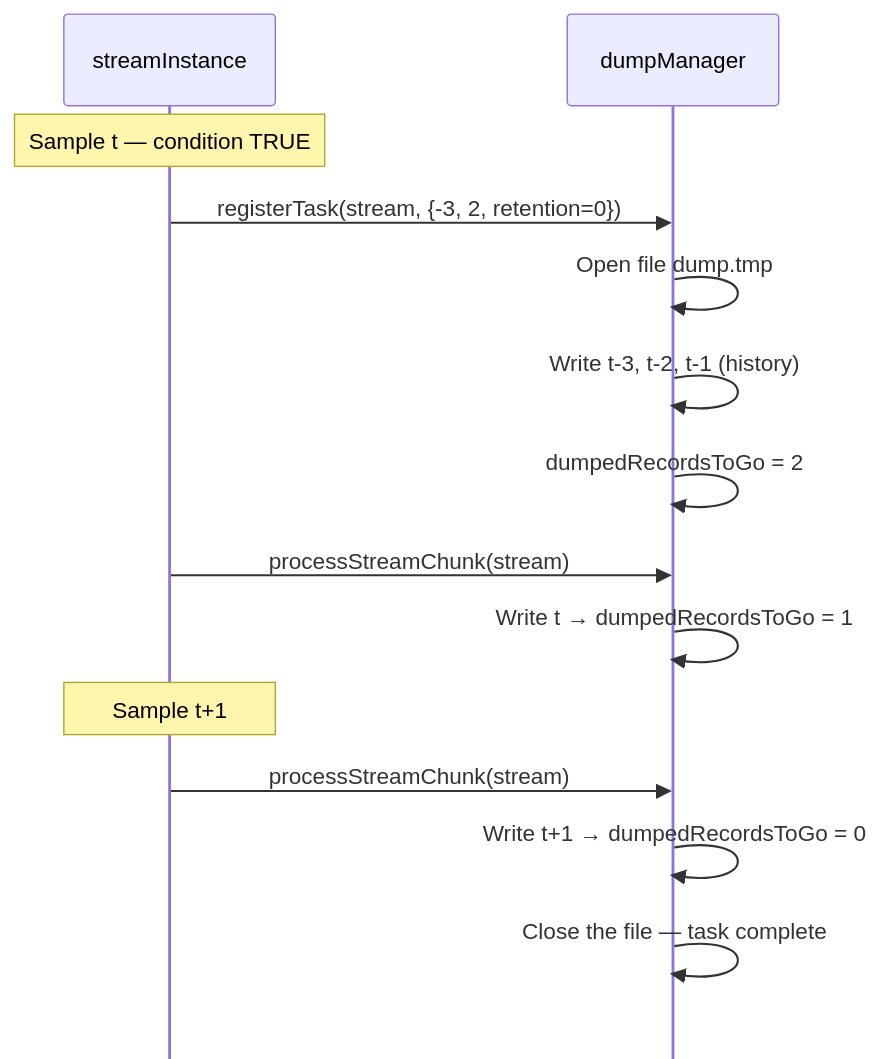
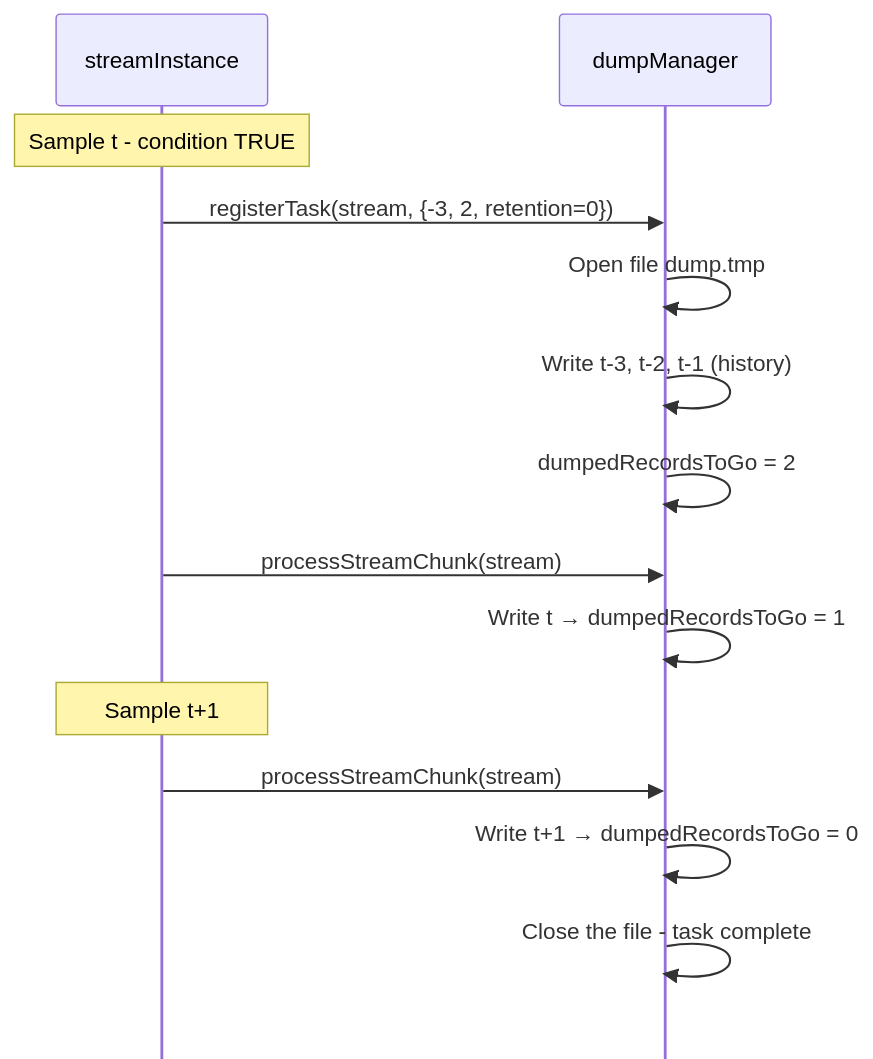
The third of 4 diagrams in query-execution/alerting-implementation.md (michalwidera/documentation-rdb), drawn with Mermaid before and after one commit. The commit also changed other lines of this file and 70 other files, not shown here.

````diff
--- a/query-execution/alerting-implementation.md
+++ b/query-execution/alerting-implementation.md
@@ -110,21 +110,21 @@
 ```mermaid
 %% pdf-width: 85%
 %% pdf-height: 55%
 %%{init: {"markdownAutoWrap": false, "sequence": {"mirrorActors": false, "messageMargin": 22, "boxMargin": 6}}}%%
 sequenceDiagram
     participant SI as streamInstance
     participant DM as dumpManager
 
-    note over SI: Sample t — condition TRUE
+    note over SI: Sample t - condition TRUE
     SI->>DM: registerTask(stream, {-3, 2, retention=0})
     DM->>DM: Open file dump.tmp
     DM->>DM: Write t-3, t-2, t-1 (history)
     DM->>DM: dumpedRecordsToGo = 2
     SI->>DM: processStreamChunk(stream)
     DM->>DM: Write t → dumpedRecordsToGo = 1
 
     note over SI: Sample t+1
     SI->>DM: processStreamChunk(stream)
     DM->>DM: Write t+1 → dumpedRecordsToGo = 0
-    DM->>DM: Close the file — task complete
+    DM->>DM: Close the file - task complete
 ```
````
